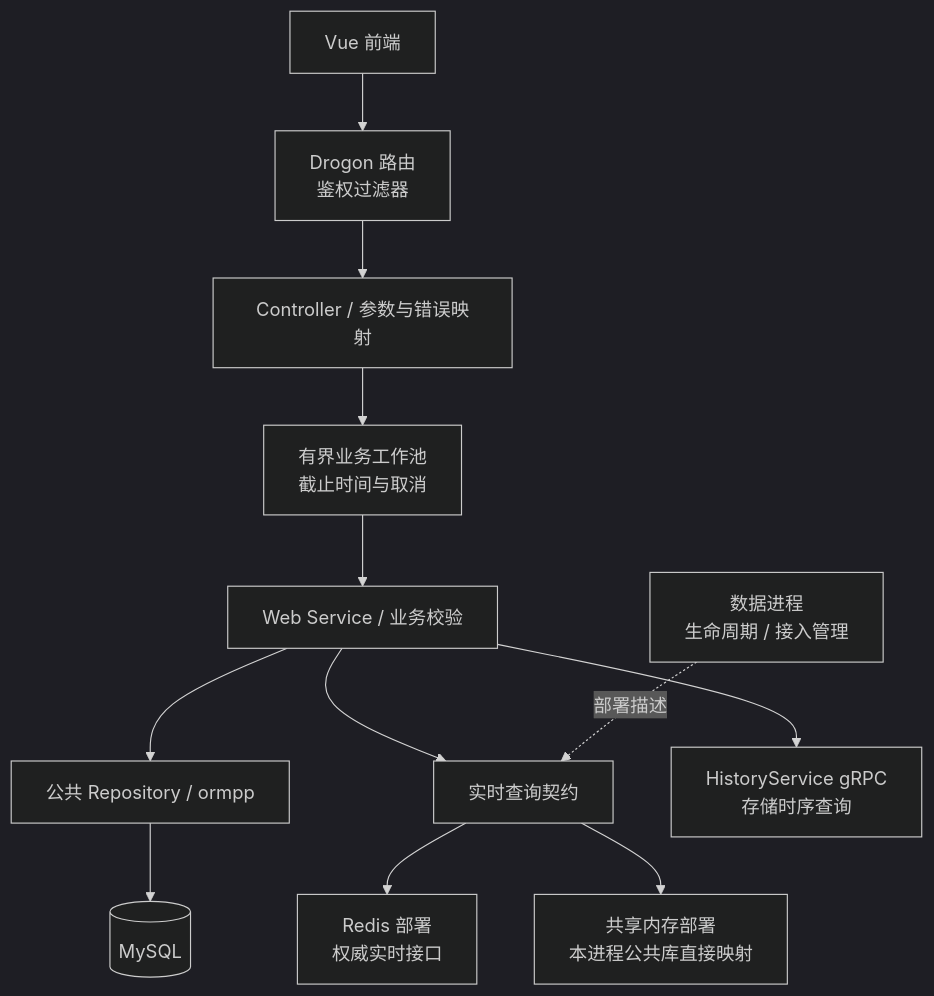
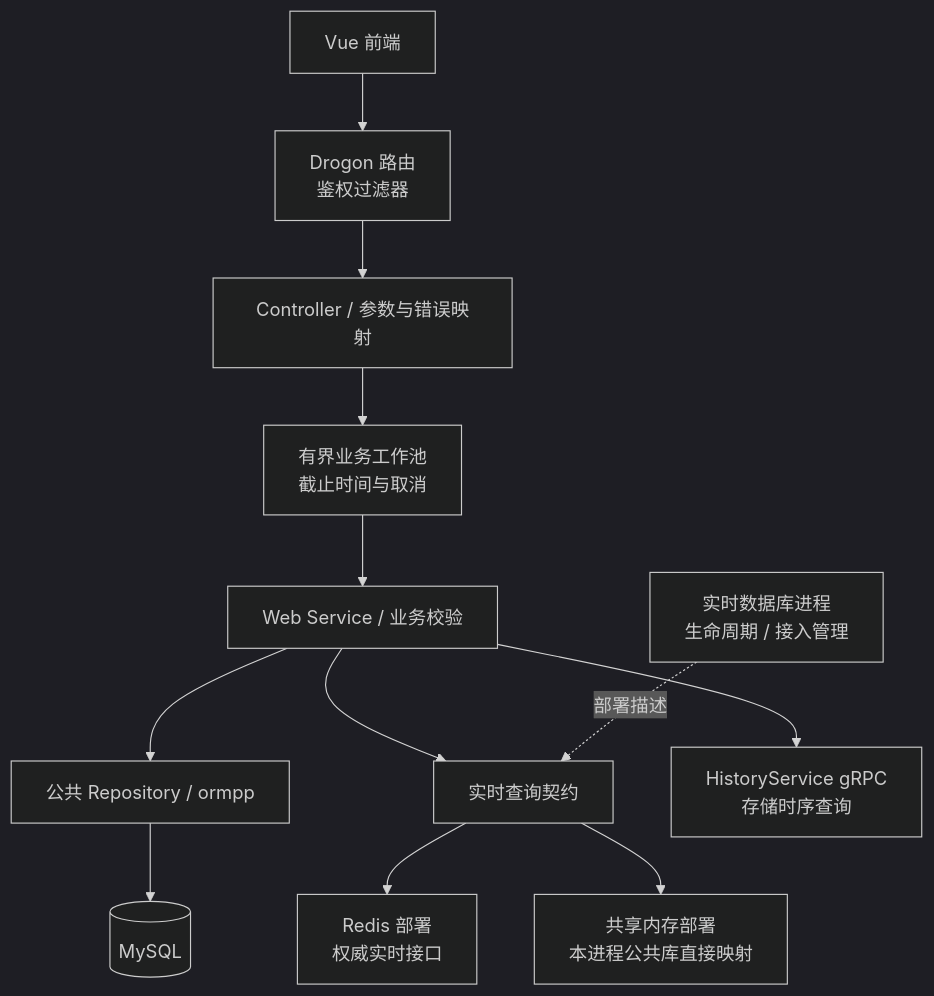
The first of 3 diagrams in website/docs/processes/web/index.md (600888/ems), drawn with Mermaid (dark theme) before and after one commit. The commit also changed other lines of this file and 3385 other files, not shown here.

````diff
--- a/website/docs/processes/web/index.md
+++ b/website/docs/processes/web/index.md
@@ -9,14 +9,14 @@
 ```mermaid
 flowchart TB
     UI[Vue 前端] --> HTTP["Drogon 路由<br/>鉴权过滤器"]
     HTTP --> Controller[Controller / 参数与错误映射]
     Controller --> Pool["有界业务工作池<br/>截止时间与取消"]
     Pool --> Service[Web Service / 业务校验]
     Service --> Repo[公共 Repository / ormpp]
     Repo --> DB[(MySQL)]
     Service --> RT[实时查询契约]
     RT --> Redis["Redis 部署<br/>权威实时接口"]
     RT --> Shared["共享内存部署<br/>本进程公共库直接映射"]
-    Data["数据进程<br/>生命周期 / 接入管理"] -.部署描述.-> RT
+    Data["实时数据库进程<br/>生命周期 / 接入管理"] -.部署描述.-> RT
     Service --> History["HistoryService gRPC<br/>存储时序查询"]
 ```
````
